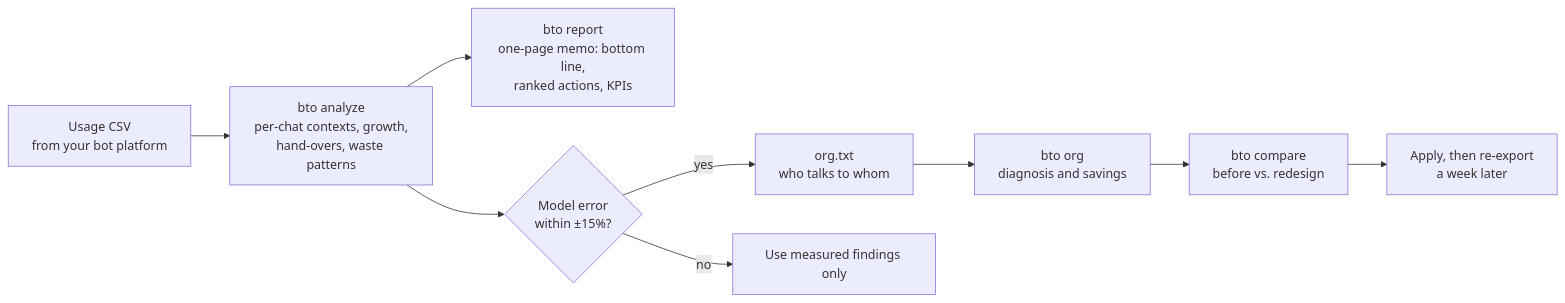
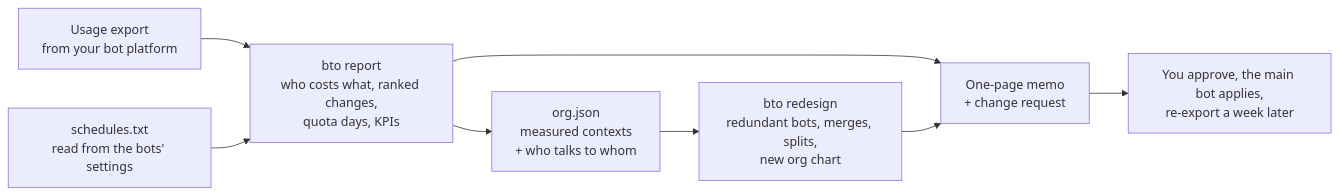
The first of 2 diagrams in README.md (EndeavorYen/bot-token-optimizer), drawn with Mermaid before and after one commit. The commit also changed other lines of this file and 7 other files, not shown here.

First line of the commit message:
Update README and docs for named bots, quota days, threshold sweep and redesign

````diff
--- a/README.md
+++ b/README.md
@@ -177,11 +183,10 @@
 ```mermaid
 flowchart LR
-    A[Usage CSV<br/>from your bot platform] --> B[bto analyze<br/>per-chat contexts, growth,<br/>hand-overs, waste patterns]
-    B --> R[bto report<br/>one-page memo: bottom line,<br/>ranked actions, KPIs]
-    B --> C{Model error<br/>within ±15%?}
-    C -- yes --> D[org.txt<br/>who talks to whom]
-    C -- no --> E[Use measured findings only]
-    D --> F[bto org<br/>diagnosis and savings]
-    F --> G[bto compare<br/>before vs. redesign]
-    G --> H[Apply, then re-export<br/>a week later]
+    A[Usage export<br/>from your bot platform] --> R[bto report<br/>who costs what, ranked changes,<br/>quota days, KPIs]
+    S[schedules.txt<br/>read from the bots' settings] --> R
+    R --> M[One-page memo<br/>+ change request]
+    R --> O[org.json<br/>measured contexts<br/>+ who talks to whom]
+    O --> D[bto redesign<br/>redundant bots, merges, splits,<br/>new org chart]
+    D --> M
+    M --> H[You approve, the main bot applies,<br/>re-export a week later]
 ```
````
